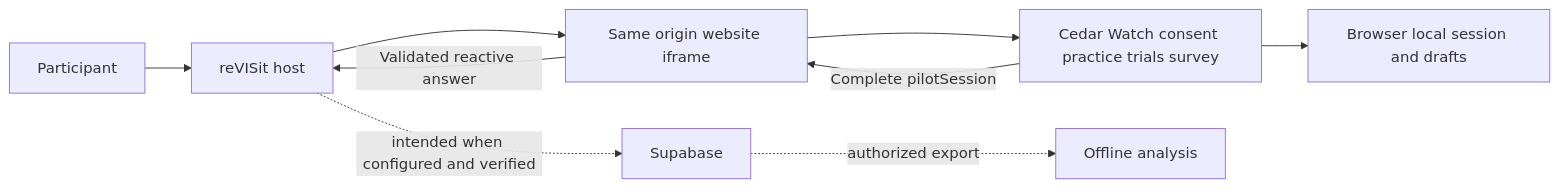
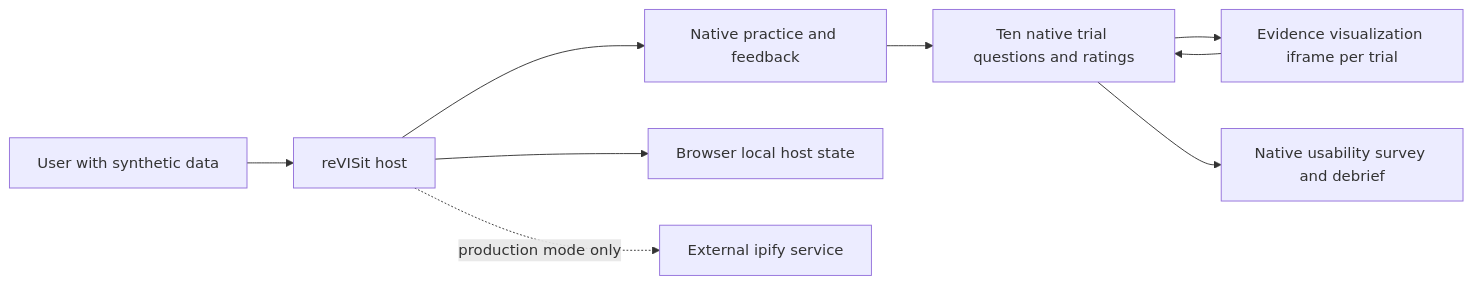
The diagram in artifacts/design.md (bobthe88/visualization_revisit_study), drawn with Mermaid before and after one commit. The commit also changed other lines of this file and 4 other files, not shown here.

Commit message:
docs: reconcile Cedar Watch preview status

````diff
--- a/artifacts/design.md
+++ b/artifacts/design.md
@@ -7,11 +7,11 @@
 ```mermaid
 flowchart LR
-    P[Participant] --> H[reVISit host]
-    H --> I[Same origin website iframe]
-    I --> C[Cedar Watch consent practice trials survey]
-    C --> L[Browser local session and drafts]
-    C -->|Complete pilotSession| I
-    I -->|Validated reactive answer| H
-    H -. intended when configured and verified .-> S[Supabase]
-    S -. authorized export .-> A[Offline analysis]
+  P[User with synthetic data] --> H[reVISit host]
+  H --> PR[Native practice and feedback]
+  PR --> T[Ten native trial questions and ratings]
+  T --> I[Evidence visualization iframe per trial]
+  I --> T
+  T --> S[Native usability survey and debrief]
+  H --> L[Browser local host state]
+  H -. production mode only .-> IP[External ipify service]
 ```
````
